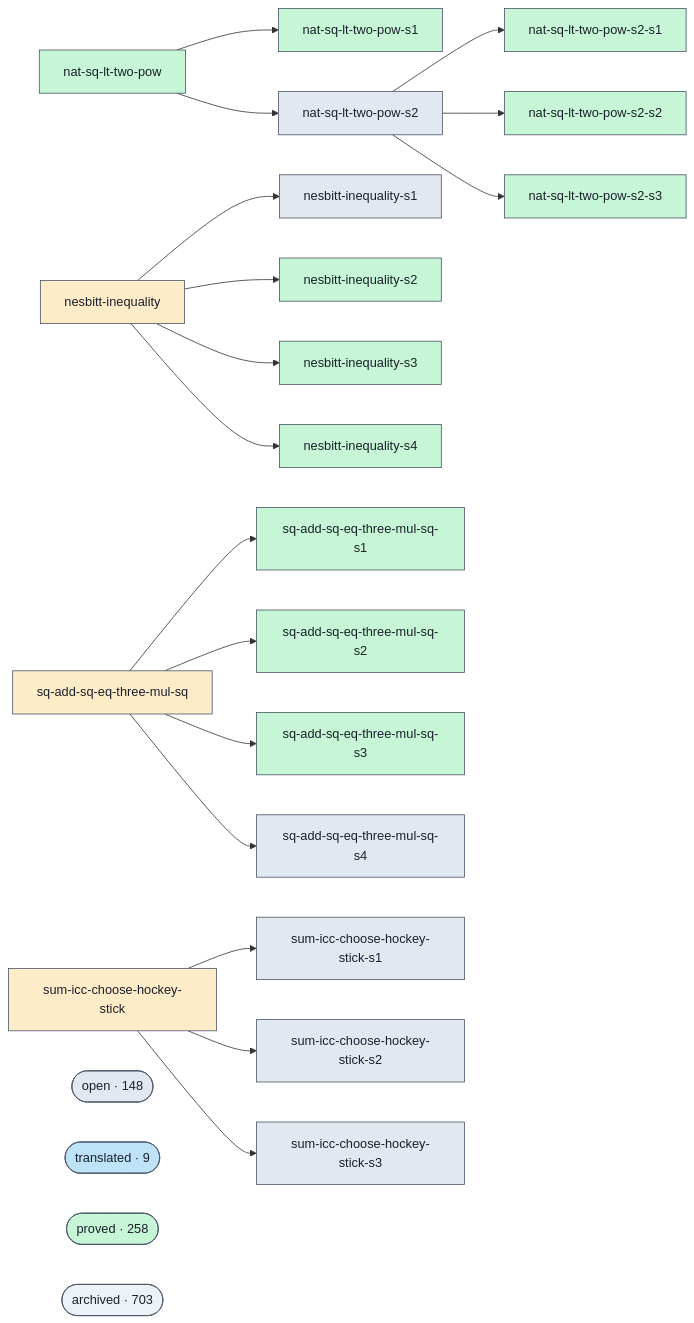
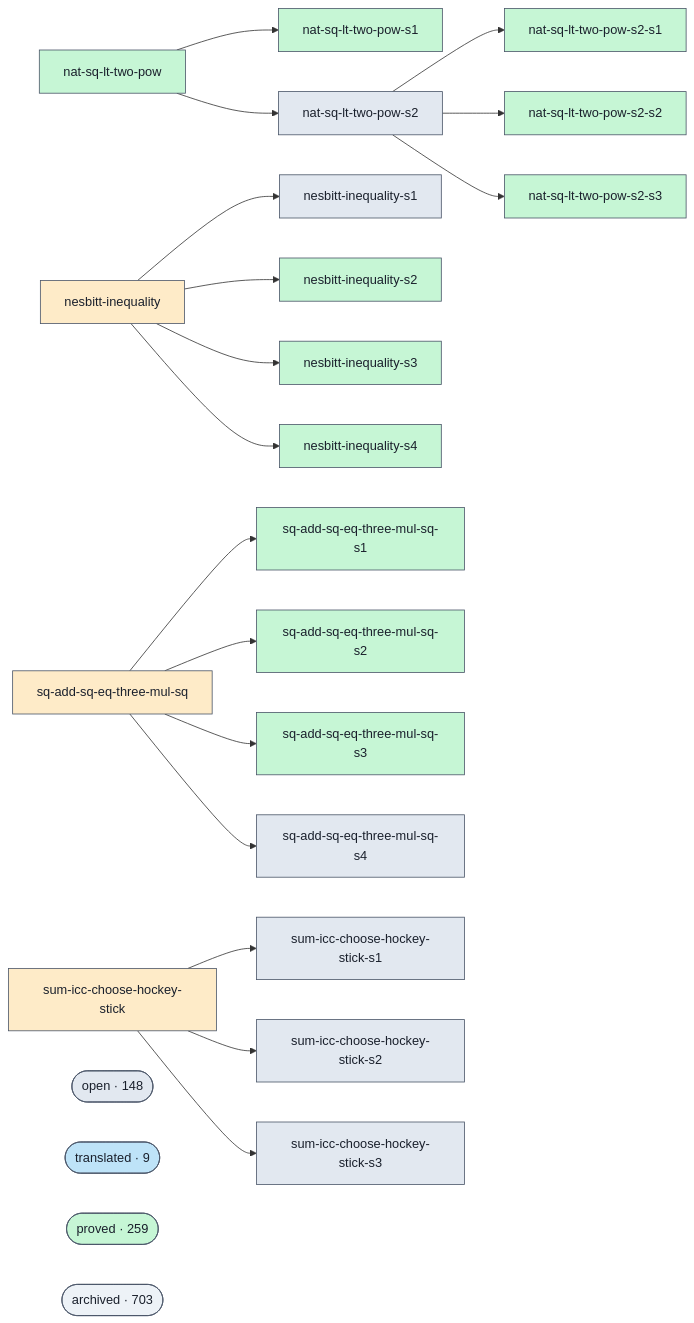
The diagram in docs/proofs-contributors-visualisation.md (ohdearquant/unsorry), drawn with Mermaid before and after one commit. The commit also changed other lines of this file and 2 other files, not shown here.

```diff
--- a/docs/proofs-contributors-visualisation.md
+++ b/docs/proofs-contributors-visualisation.md
@@ -102,7 +102,7 @@
   class cluster_open open;
   cluster_translated(["translated · 9"])
   class cluster_translated translated;
-  cluster_proved(["proved · 258"])
+  cluster_proved(["proved · 259"])
   class cluster_proved proved;
   cluster_archived(["archived · 703"])
   class cluster_archived unknown;
```
